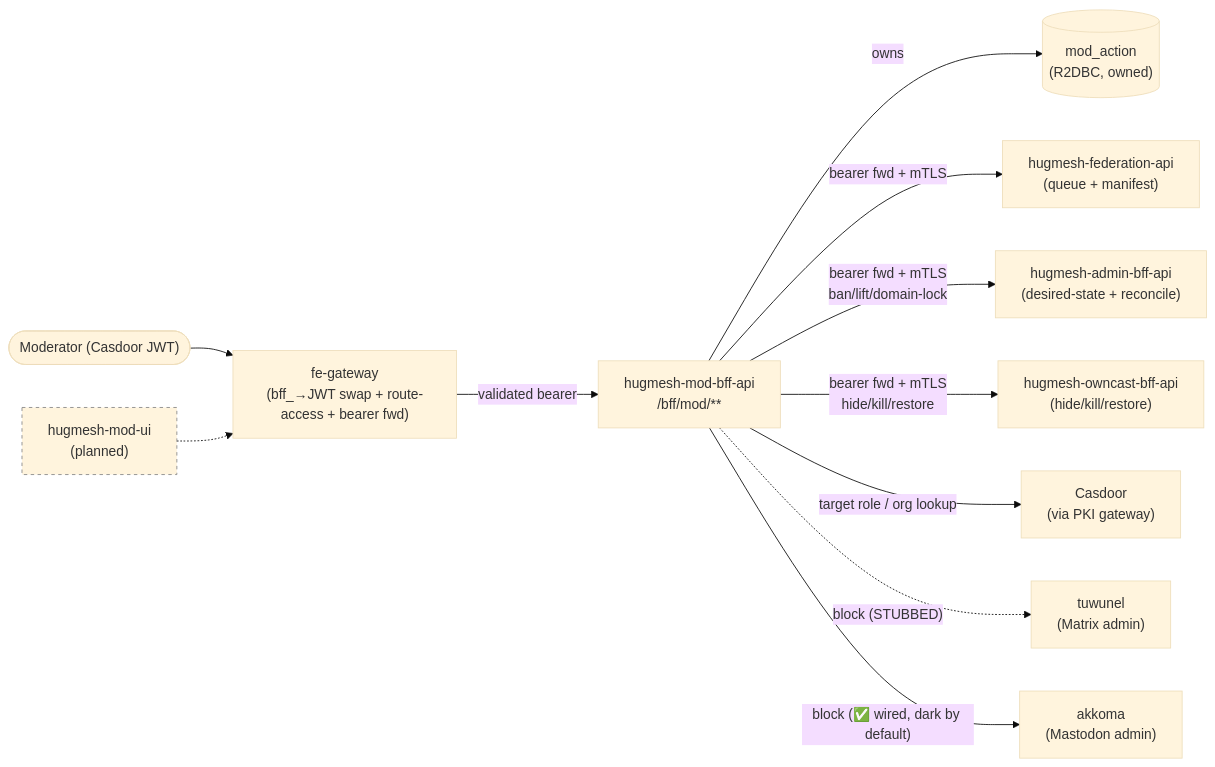
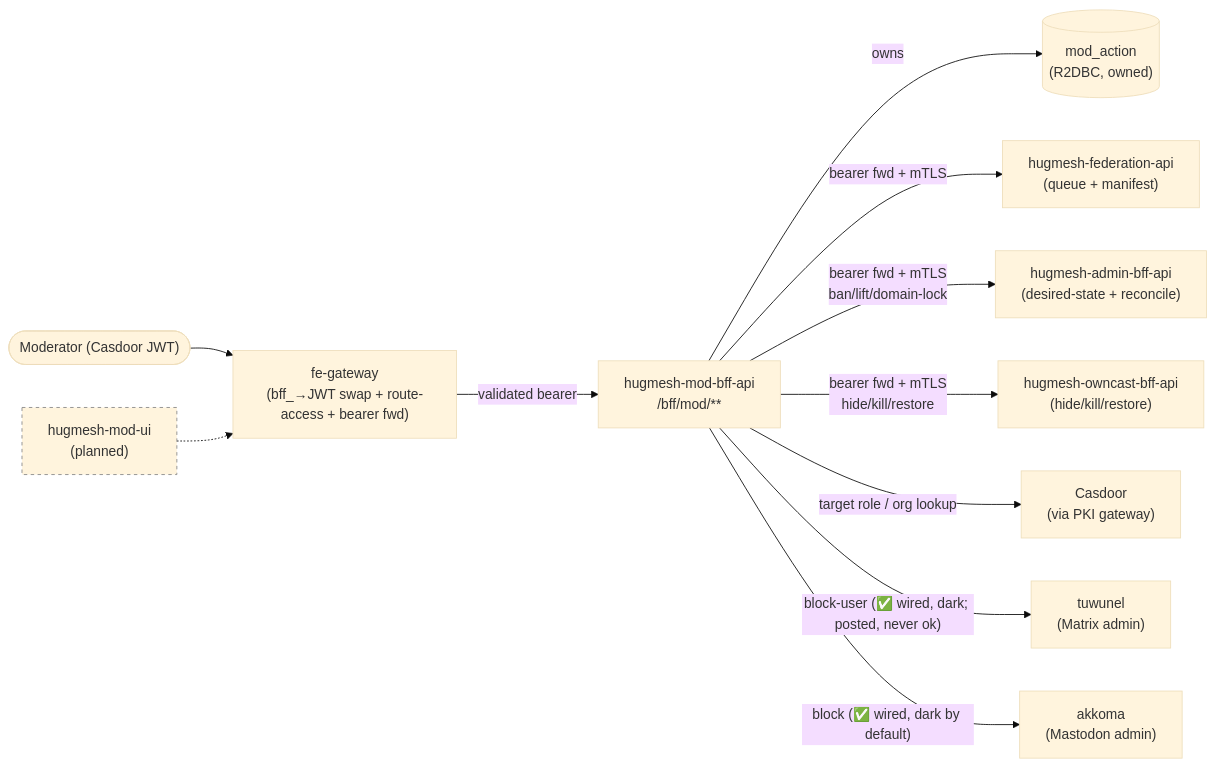
Before and after one commit to hugmesh/hugmesh-mod-bff-api: the first of 4 diagrams in README.md, drawn with Mermaid (base theme). The commit also changed other lines of this file and 7 other files, not shown here.

````diff
--- a/README.md
+++ b/README.md
@@ -63,28 +64,28 @@
 ```mermaid
 flowchart LR
     mod(["Moderator (Casdoor JWT)"])
     ui["hugmesh-mod-ui<br/>(planned)"]
     gw["fe-gateway<br/>(bff_→JWT swap + route-access + bearer fwd)"]
     bff["hugmesh-mod-bff-api<br/>/bff/mod/**"]
     audit[("mod_action<br/>(R2DBC, owned)")]
     fed["hugmesh-federation-api<br/>(queue + manifest)"]
     admin["hugmesh-admin-bff-api<br/>(desired-state + reconcile)"]
     owncast["hugmesh-owncast-bff-api<br/>(hide/kill/restore)"]
     casdoor["Casdoor<br/>(via PKI gateway)"]
     matrix["tuwunel<br/>(Matrix admin)"]
     akkoma["akkoma<br/>(Mastodon admin)"]
 
     mod --> gw
     ui -.-> gw
     gw -->|"validated bearer"| bff
     bff -->|"owns"| audit
     bff -->|"bearer fwd + mTLS"| fed
     bff -->|"bearer fwd + mTLS<br/>ban/lift/domain-lock"| admin
     bff -->|"bearer fwd + mTLS<br/>hide/kill/restore"| owncast
     bff -->|"target role / org lookup"| casdoor
-    bff -.->|"block (STUBBED)"| matrix
+    bff -->|"block-user (✅ wired, dark; posted, never ok)"| matrix
     bff -->|"block (✅ wired, dark by default)"| akkoma
 
     classDef planned stroke-dasharray:4,stroke:#888;
     class ui planned;
 ```
````
